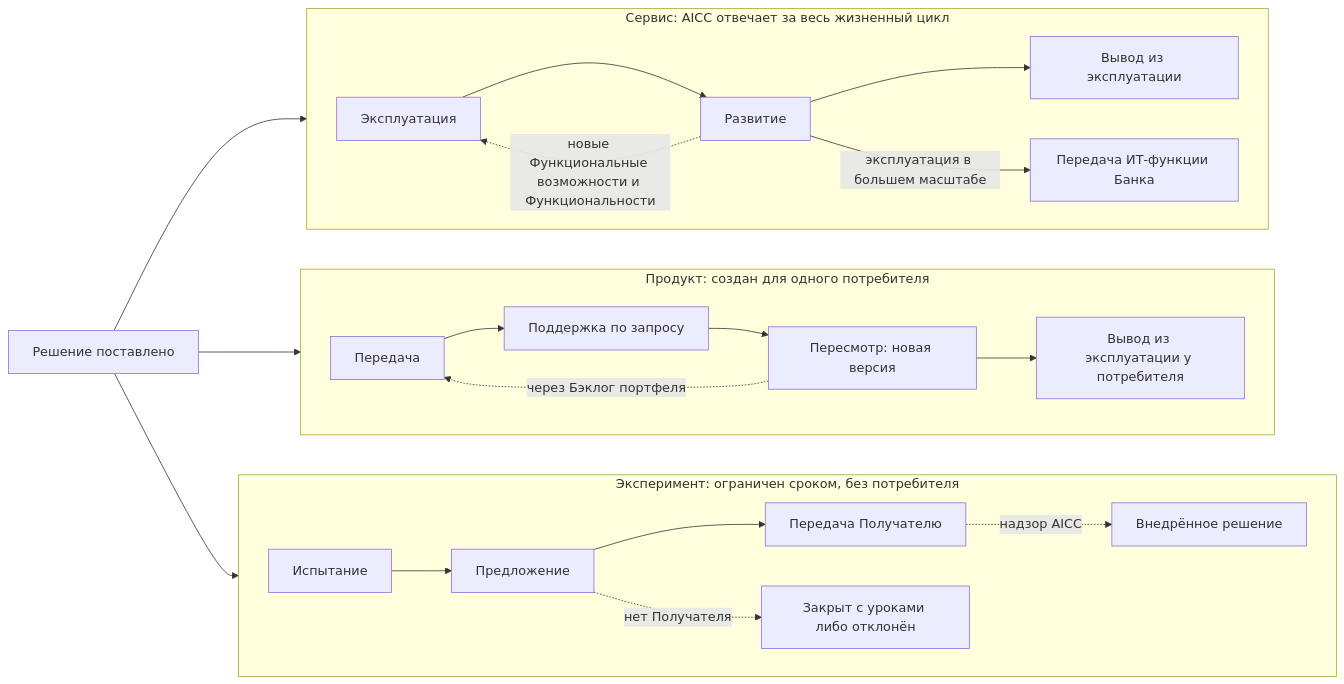
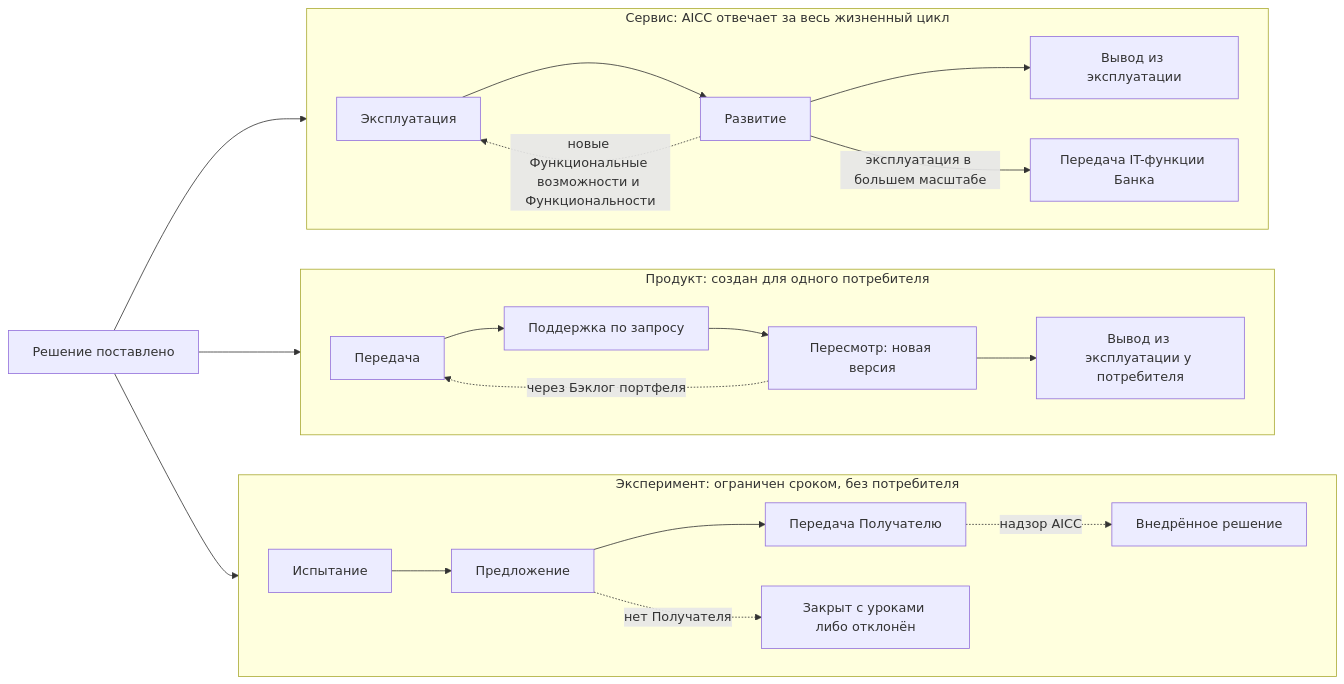
The eighth of 10 diagrams in charter/ru/workflows/service-delivery.md (devhogu/ob-aicc), drawn with Mermaid before and after one commit. The commit also changed other lines of this file and 768 other files, not shown here.

````diff
--- a/charter/ru/workflows/service-delivery.md
+++ b/charter/ru/workflows/service-delivery.md
@@ -204,23 +204,23 @@
 ```mermaid
 flowchart LR
   D["Решение поставлено"] --> SV
   D --> PR
   D --> EX
   subgraph SV["Сервис: AICC отвечает за весь жизненный цикл"]
     direction LR
     S1["Эксплуатация"] --> S2["Развитие"] --> S3["Вывод из эксплуатации"]
     S2 -.новые Функциональные возможности и Функциональности.-> S1
-    S2 -->|"эксплуатация в большем масштабе"| S4["Передача ИТ-функции Банка"]
+    S2 -->|"эксплуатация в большем масштабе"| S4["Передача IT-функции Банка"]
   end
   subgraph PR["Продукт: создан для одного потребителя"]
     direction LR
     P1["Передача"] --> P2["Поддержка по запросу"] --> P3["Пересмотр: новая версия"] --> P4["Вывод из эксплуатации у потребителя"]
     P3 -.через Бэклог портфеля.-> P1
   end
   subgraph EX["Эксперимент: ограничен сроком, без потребителя"]
     direction LR
     X1["Испытание"] --> X2["Предложение"] --> X3["Передача Получателю"]
     X3 -.надзор AICC.-> A["Внедрённое решение"]
     X2 -.->|"нет Получателя"| X4["Закрыт с уроками либо отклонён"]
   end
 ```
````
